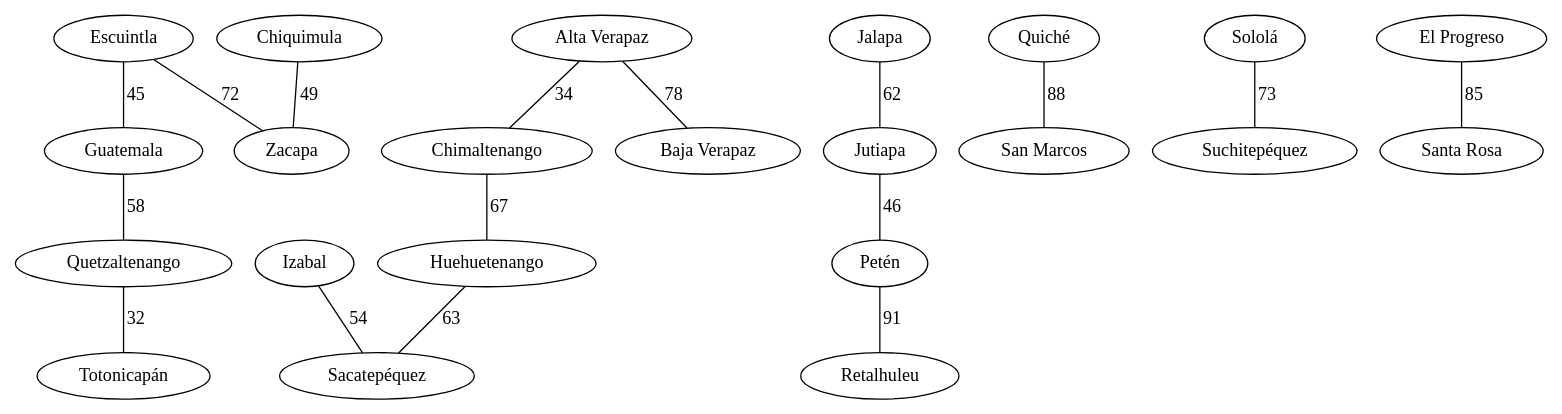
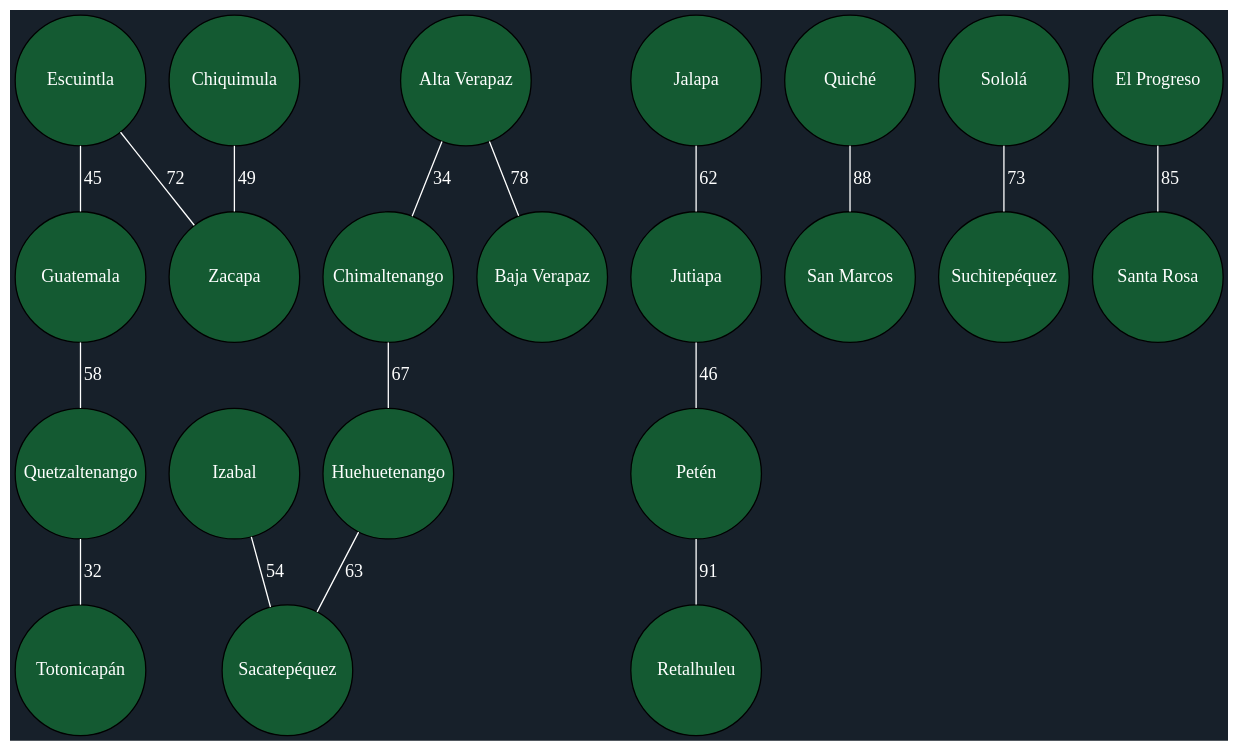
One commit to Marco131-xel/Edd_Proyecto2 changed the diagram in Rapidito/Mapa.dot. Above: the diagram before and after it, drawn with Graphviz. The commit also changed 14 other files, not shown here.

```diff
--- a/Rapidito/Mapa.dot
+++ b/Rapidito/Mapa.dot
@@ -1,18 +1,21 @@
 graph Rutas {
+  bgcolor="#17202a";
+  node [style=filled, fillcolor="#145a32", fontcolor="white", shape=circle, width=1.4, fixedsize=true];
+  edge [color="white", fontcolor="white"];
   "Guatemala" -- "Quetzaltenango" [label="58"];
   "Escuintla" -- "Guatemala" [label="45"];
   "Escuintla" -- "Zacapa" [label="72"];
   "Quetzaltenango" -- "Totonicapán" [label="32"];
   "Huehuetenango" -- "Sacatepéquez" [label="63"];
   "Chimaltenango" -- "Huehuetenango" [label="67"];
   "Alta Verapaz" -- "Baja Verapaz" [label="78"];
   "Alta Verapaz" -- "Chimaltenango" [label="34"];
   "Izabal" -- "Sacatepéquez" [label="54"];
   "Jalapa" -- "Jutiapa" [label="62"];
   "Jutiapa" -- "Petén" [label="46"];
   "Chiquimula" -- "Zacapa" [label="49"];
   "Quiché" -- "San Marcos" [label="88"];
   "Petén" -- "Retalhuleu" [label="91"];
   "Sololá" -- "Suchitepéquez" [label="73"];
   "El Progreso" -- "Santa Rosa" [label="85"];
 }
```
